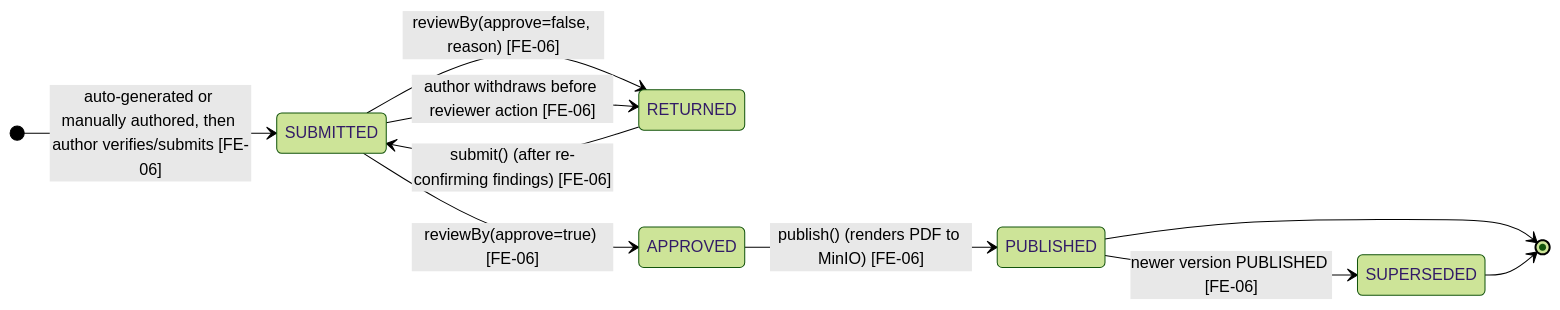
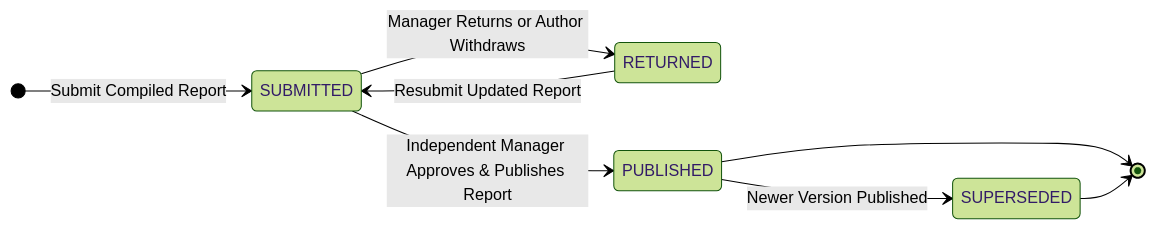
The fourth of 5 diagrams in reports/report-4-software-design-document/02-database-design.md (tungbach12/SmartDroneInspection-Docs), drawn with Mermaid (forest theme) before and after one commit. The commit also changed other lines of this file and 206 other files, not shown here.

First line of the commit message:
docs(reports): synchronize Report 1-5 changes, update diagrams, and clean exports

````diff
--- a/reports/report-4-software-design-document/02-database-design.md
+++ b/reports/report-4-software-design-document/02-database-design.md
@@ -706,14 +166,12 @@
 ```mermaid
-%% title: InspectionReport Version Lifecycle State Machine Diagram
+%% title: Inspection Report Version State Machine Diagram
 stateDiagram-v2
   direction LR
-  [*] --> SUBMITTED : auto-generated or manually authored, then author verifies/submits [FE-06]
-  SUBMITTED --> RETURNED : reviewBy(approve=false, reason) [FE-06]
-  SUBMITTED --> RETURNED : author withdraws before reviewer action [FE-06]
-  RETURNED --> SUBMITTED : submit() (after re-confirming findings) [FE-06]
-  SUBMITTED --> APPROVED : reviewBy(approve=true) [FE-06]
-  APPROVED --> PUBLISHED : publish() (renders PDF to MinIO) [FE-06]
-  PUBLISHED --> SUPERSEDED : newer version PUBLISHED [FE-06]
+  [*] --> SUBMITTED : Submit Compiled Report
+  SUBMITTED --> RETURNED : Manager Returns or Author Withdraws
+  RETURNED --> SUBMITTED : Resubmit Updated Report
+  SUBMITTED --> PUBLISHED : Independent Manager Approves & Publishes Report
+  PUBLISHED --> SUPERSEDED : Newer Version Published
   PUBLISHED --> [*]
   SUPERSEDED --> [*]
 ```
````
